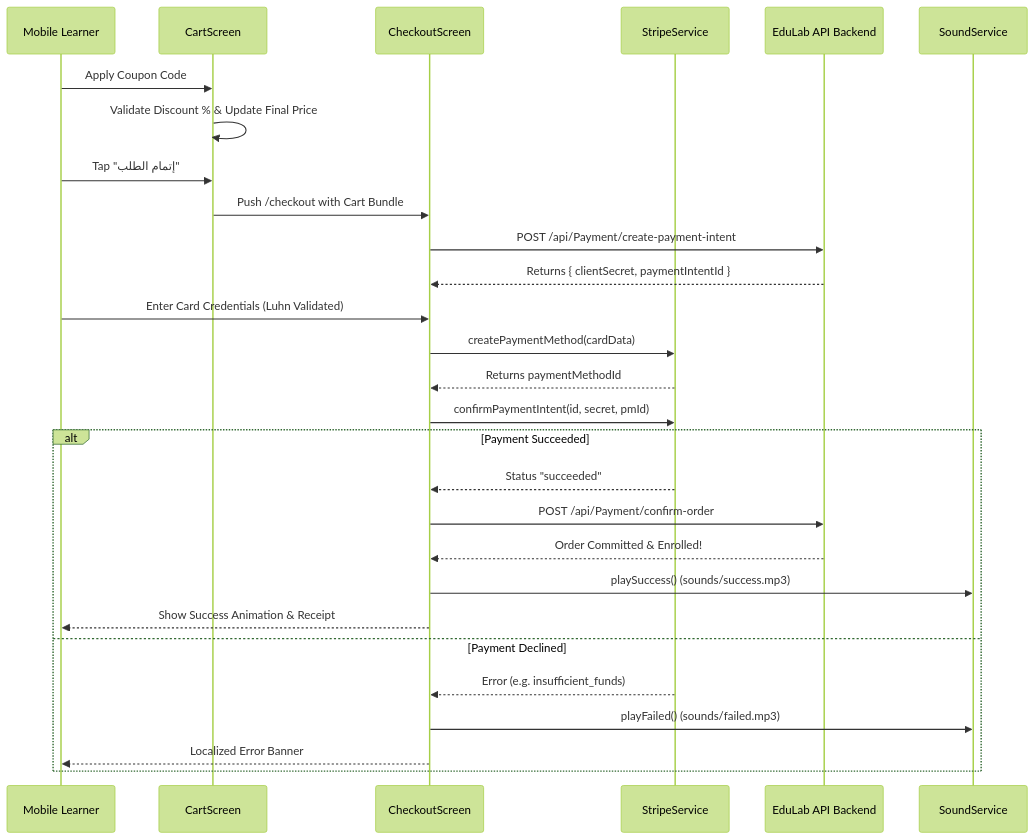
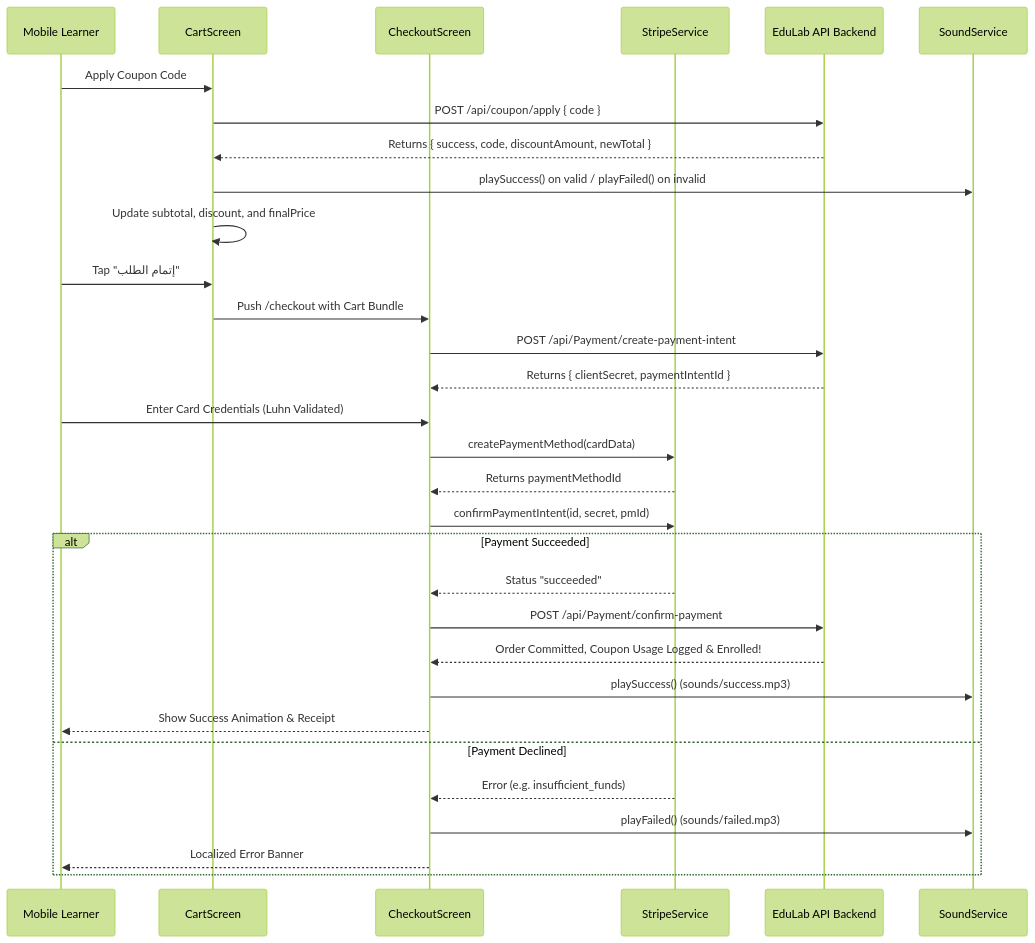
Before and after one commit to MohamedGasser15/Education-Lab: the diagram in Documentation/Modules/Mobile/Features/CartAndWishlist.md, drawn with Mermaid (forest theme). The commit also changed other lines of this file and 6 other files, not shown here.

````diff
--- a/Documentation/Modules/Mobile/Features/CartAndWishlist.md
+++ b/Documentation/Modules/Mobile/Features/CartAndWishlist.md
@@ -18,31 +18,34 @@
 ```mermaid
 sequenceDiagram
     participant Learner as Mobile Learner
     participant Cart as CartScreen
     participant Checkout as CheckoutScreen
     participant Stripe as StripeService
     participant Backend as EduLab API Backend
     participant Audio as SoundService
 
     Learner->>Cart: Apply Coupon Code
-    Cart->>Cart: Validate Discount % & Update Final Price
+    Cart->>Backend: POST /api/coupon/apply { code }
+    Backend-->>Cart: Returns { success, code, discountAmount, newTotal }
+    Cart->>Audio: playSuccess() on valid / playFailed() on invalid
+    Cart->>Cart: Update subtotal, discount, and finalPrice
     Learner->>Cart: Tap "إتمام الطلب"
     Cart->>Checkout: Push /checkout with Cart Bundle
     Checkout->>Backend: POST /api/Payment/create-payment-intent
     Backend-->>Checkout: Returns { clientSecret, paymentIntentId }
     Learner->>Checkout: Enter Card Credentials (Luhn Validated)
     Checkout->>Stripe: createPaymentMethod(cardData)
     Stripe-->>Checkout: Returns paymentMethodId
     Checkout->>Stripe: confirmPaymentIntent(id, secret, pmId)
     alt Payment Succeeded
         Stripe-->>Checkout: Status "succeeded"
-        Checkout->>Backend: POST /api/Payment/confirm-order
-        Backend-->>Checkout: Order Committed & Enrolled!
+        Checkout->>Backend: POST /api/Payment/confirm-payment
+        Backend-->>Checkout: Order Committed, Coupon Usage Logged & Enrolled!
         Checkout->>Audio: playSuccess() (sounds/success.mp3)
         Checkout-->>Learner: Show Success Animation & Receipt
     else Payment Declined
         Stripe-->>Checkout: Error (e.g. insufficient_funds)
         Checkout->>Audio: playFailed() (sounds/failed.mp3)
         Checkout-->>Learner: Localized Error Banner
     end
 ```
````
